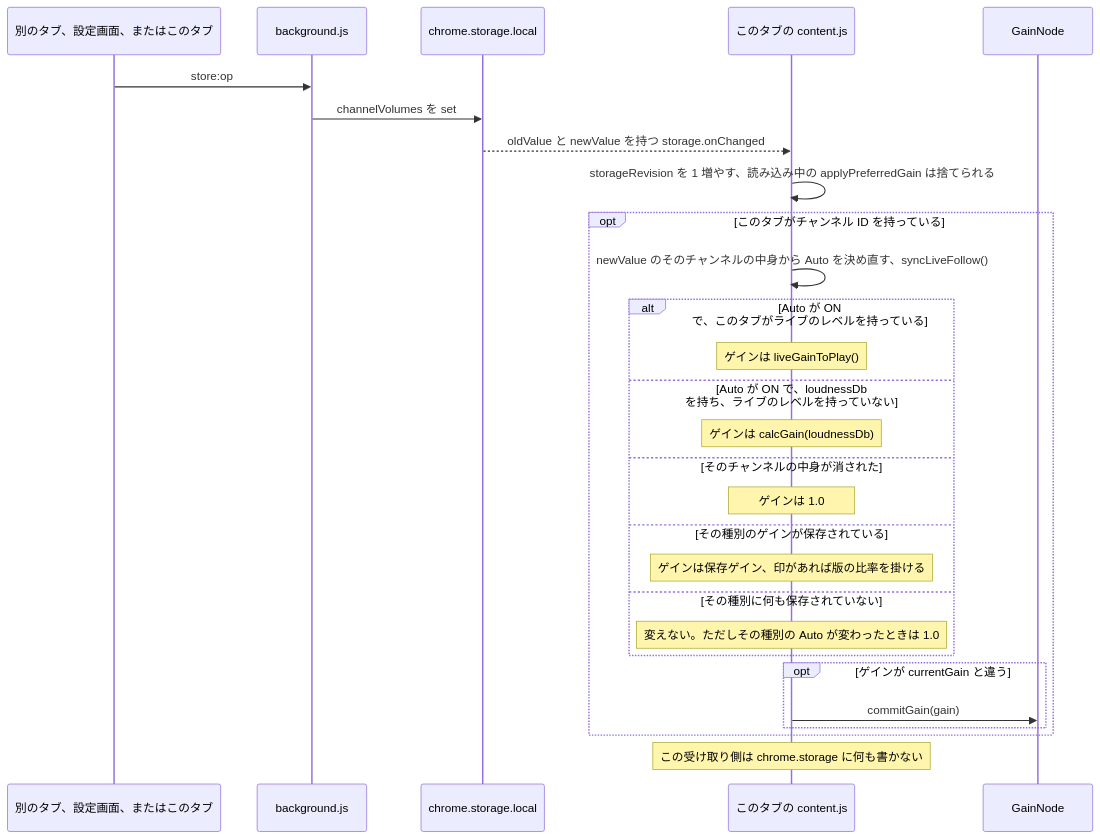
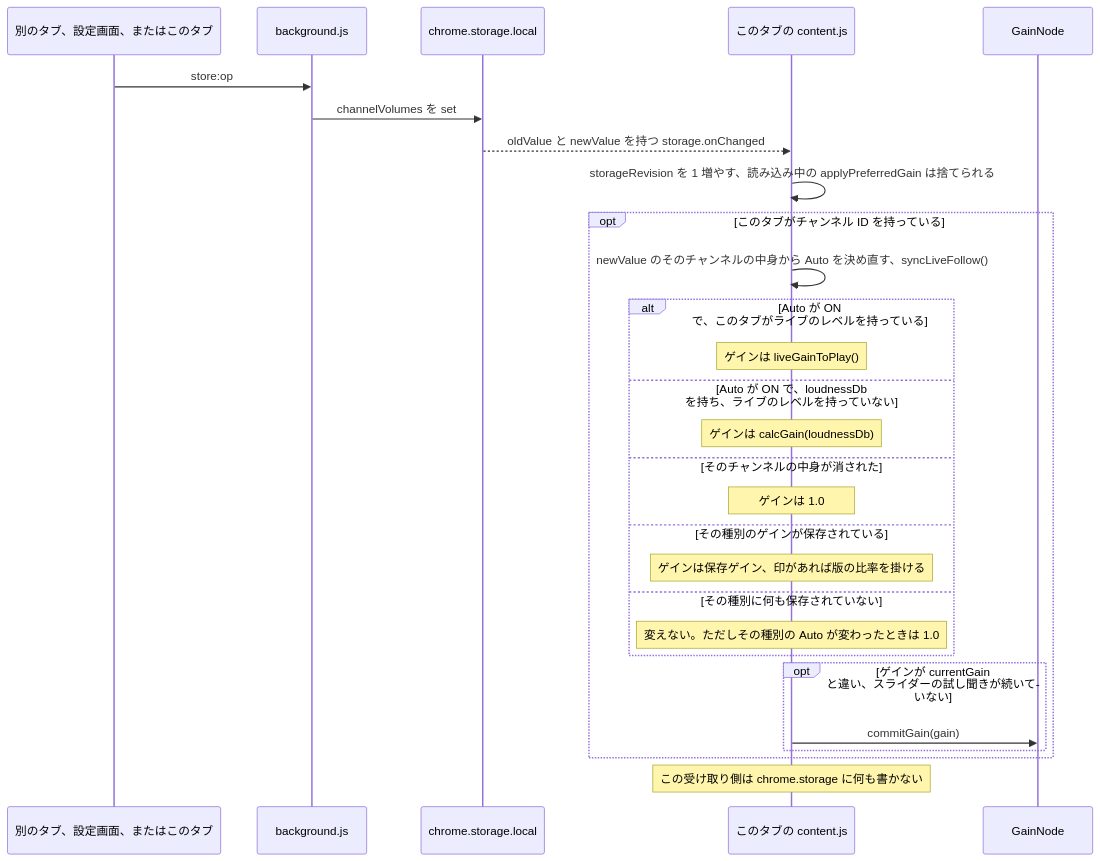
Diagram 12 of 14 in docs/gain-change-and-save.ja.md (semnil/yt-channel-volume), drawn with Mermaid before and after one commit. The commit also changed other lines of this file and 5 other files, not shown here.

````diff
--- a/docs/gain-change-and-save.ja.md
+++ b/docs/gain-change-and-save.ja.md
@@ -574,30 +583,30 @@
 ```mermaid
 sequenceDiagram
   participant T as 別のタブ、設定画面、またはこのタブ
   participant W as background.js
   participant S as chrome.storage.local
   participant C as このタブの content.js
   participant G as GainNode
   T->>W: store:op
   W->>S: channelVolumes を set
   S-->>C: oldValue と newValue を持つ storage.onChanged
   C->>C: storageRevision を 1 増やす、読み込み中の applyPreferredGain は捨てられる
   opt このタブがチャンネル ID を持っている
     C->>C: newValue のそのチャンネルの中身から Auto を決め直す、syncLiveFollow()
     alt Auto が ON で、このタブがライブのレベルを持っている
       Note over C: ゲインは liveGainToPlay()
     else Auto が ON で、loudnessDb を持ち、ライブのレベルを持っていない
       Note over C: ゲインは calcGain(loudnessDb)
     else そのチャンネルの中身が消された
       Note over C: ゲインは 1.0
     else その種別のゲインが保存されている
       Note over C: ゲインは保存ゲイン、印があれば版の比率を掛ける
     else その種別に何も保存されていない
       Note over C: 変えない。ただしその種別の Auto が変わったときは 1.0
     end
-    opt ゲインが currentGain と違う
+    opt ゲインが currentGain と違い、スライダーの試し聞きが続いていない
       C->>G: commitGain(gain)
     end
   end
   Note over C: この受け取り側は chrome.storage に何も書かない
 ```
````
